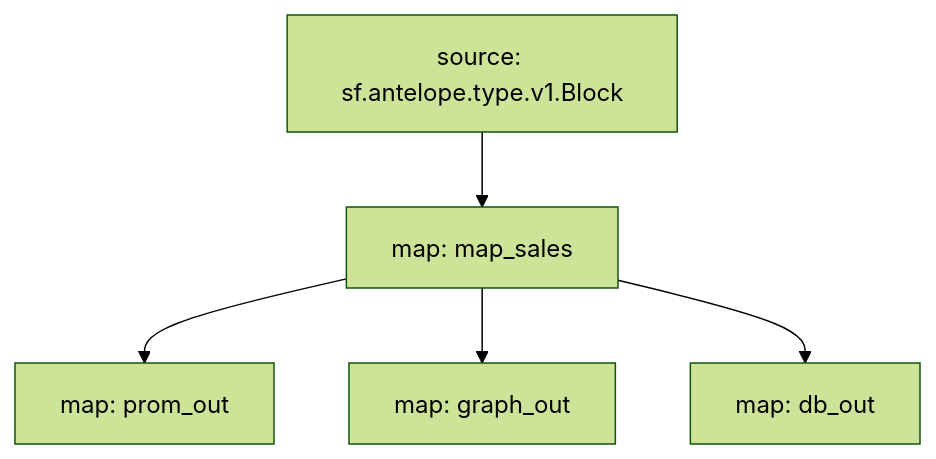
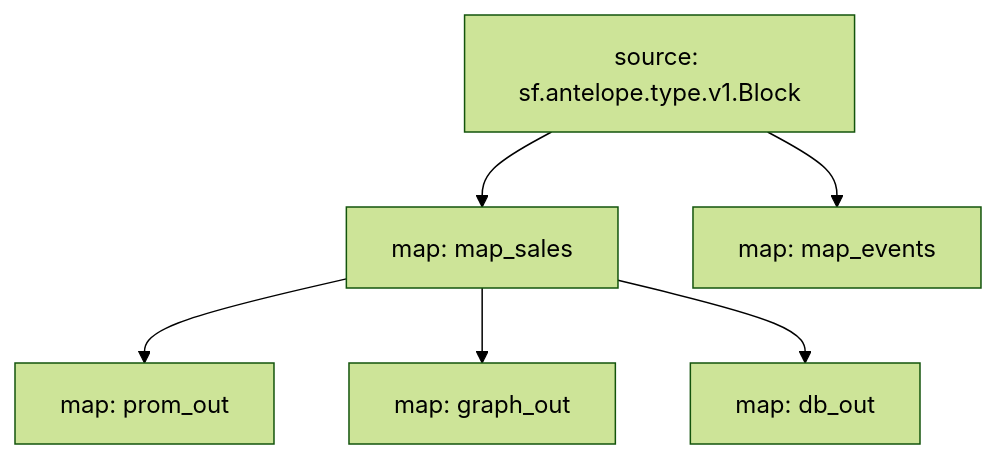
Before and after one commit to pinax-network/substreams-atomicmarket: the diagram in README.md, drawn with Mermaid (forest theme). The commit also changed other lines of this file and 11 other files, not shown here.

````diff
--- a/README.md
+++ b/README.md
@@ -20,12 +20,14 @@
 ```mermaid
 graph TD;
   map_sales[map: map_sales];
   sf.antelope.type.v1.Block[source: sf.antelope.type.v1.Block] --> map_sales;
+  map_events[map: map_events];
+  sf.antelope.type.v1.Block[source: sf.antelope.type.v1.Block] --> map_events;
   prom_out[map: prom_out];
   map_sales --> prom_out;
   graph_out[map: graph_out];
   map_sales --> graph_out;
   db_out[map: db_out];
   map_sales --> db_out;
 
 ```
````
